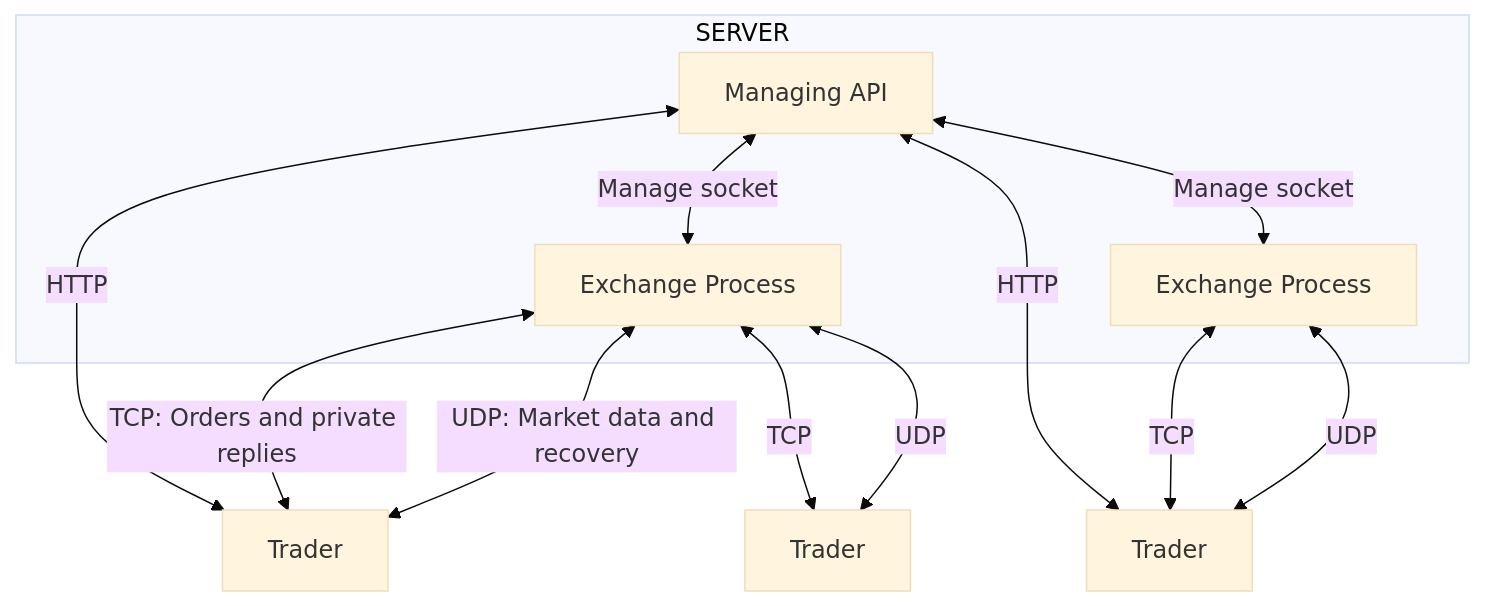
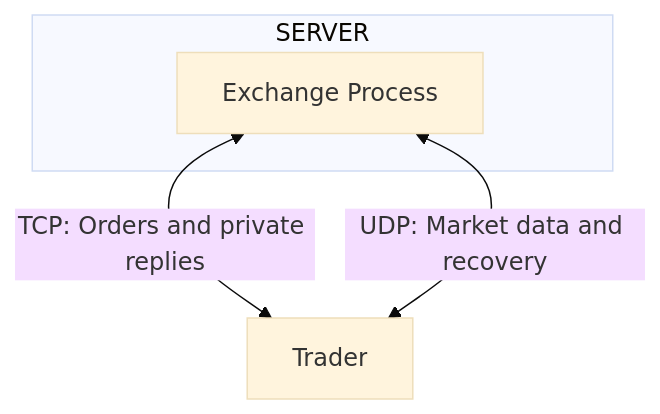
One commit to JediNakDev/exsim changed the diagram in README.md. Above: the diagram before and after it, drawn with Mermaid (base theme). The commit also changed other lines of this file and 303 other files, not shown here.

First line of the commit message:
feat: Drop the HTTP API, flatten the layout, 26 review fixes, fuzzing, journal replay and wire benchmark (#114)

````diff
--- a/README.md
+++ b/README.md
@@ -5,15 +5,8 @@
 ```mermaid
 flowchart TD
   subgraph SERVER
-    API[Managing API] <-->|"Manage socket"| EX1[Exchange Process]
-    API <-->|"Manage socket"| EX2[Exchange Process]
+    EX1[Exchange Process]
   end
-  API <-->|"HTTP"| TD1[Trader]
-  EX1 <-->|"TCP: Orders and private replies"| TD1
+  EX1 <-->|"TCP: Orders and private replies"| TD1[Trader]
   EX1 <-->|"UDP: Market data and recovery"| TD1
-  EX1 <-->|"TCP"| TD2[Trader]
-  EX1 <-->|"UDP"| TD2
-  API <-->|"HTTP"| TD3[Trader]
-  EX2 <-->|"TCP"| TD3
-  EX2 <-->|"UDP"| TD3
 ```
````
